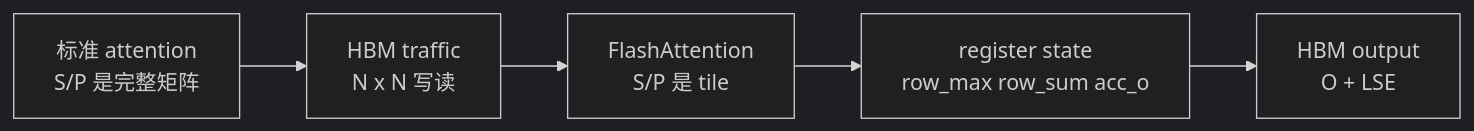
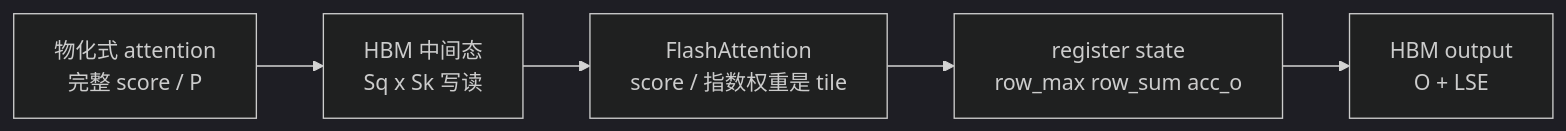
One commit to OnlyHero5/sglang-reading-vault changed the diagram in flash-attn_reading/原理基础/Attention-IO/FlashAttention-Attention-IO.md. Above: the diagram before and after it, drawn with Mermaid (dark theme). The commit also changed other lines of this file and 512 other files, not shown here.

````diff
--- a/flash-attn_reading/原理基础/Attention-IO/FlashAttention-Attention-IO.md
+++ b/flash-attn_reading/原理基础/Attention-IO/FlashAttention-Attention-IO.md
@@ -42,9 +42,9 @@
 ```mermaid
 flowchart LR
-    STD["标准 attention<br/>S/P 是完整矩阵"]
-    HBM["HBM traffic<br/>N x N 写读"]
-    TILE["FlashAttention<br/>S/P 是 tile"]
+    STD["物化式 attention<br/>完整 score / P"]
+    HBM["HBM 中间态<br/>Sq x Sk 写读"]
+    TILE["FlashAttention<br/>score / 指数权重是 tile"]
     STATE["register state<br/>row_max row_sum acc_o"]
     OUT["HBM output<br/>O + LSE"]
     STD --> HBM --> TILE --> STATE --> OUT
 ```
````
